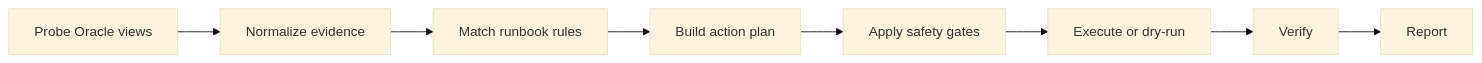
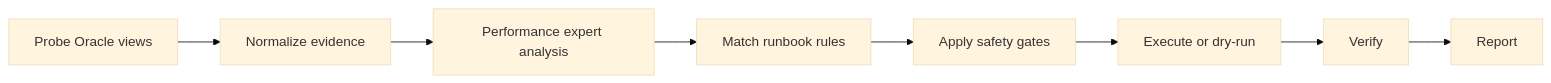
The diagram in docs/architecture.md (teohhy-svg/self-healing-oracledb-agent), drawn with Mermaid (base theme) before and after one commit. The commit also changed other lines of this file and 10 other files, not shown here.

Commit message:
Add performance expert engineer advisor

````diff
--- a/docs/architecture.md
+++ b/docs/architecture.md
@@ -5,10 +5,10 @@
 ```mermaid
 flowchart LR
   A["Probe Oracle views"] --> B["Normalize evidence"]
-  B --> C["Match runbook rules"]
-  C --> D["Build action plan"]
+  B --> C["Performance expert analysis"]
+  C --> D["Match runbook rules"]
   D --> E["Apply safety gates"]
   E --> F["Execute or dry-run"]
   F --> G["Verify"]
   G --> H["Report"]
 ```
````
